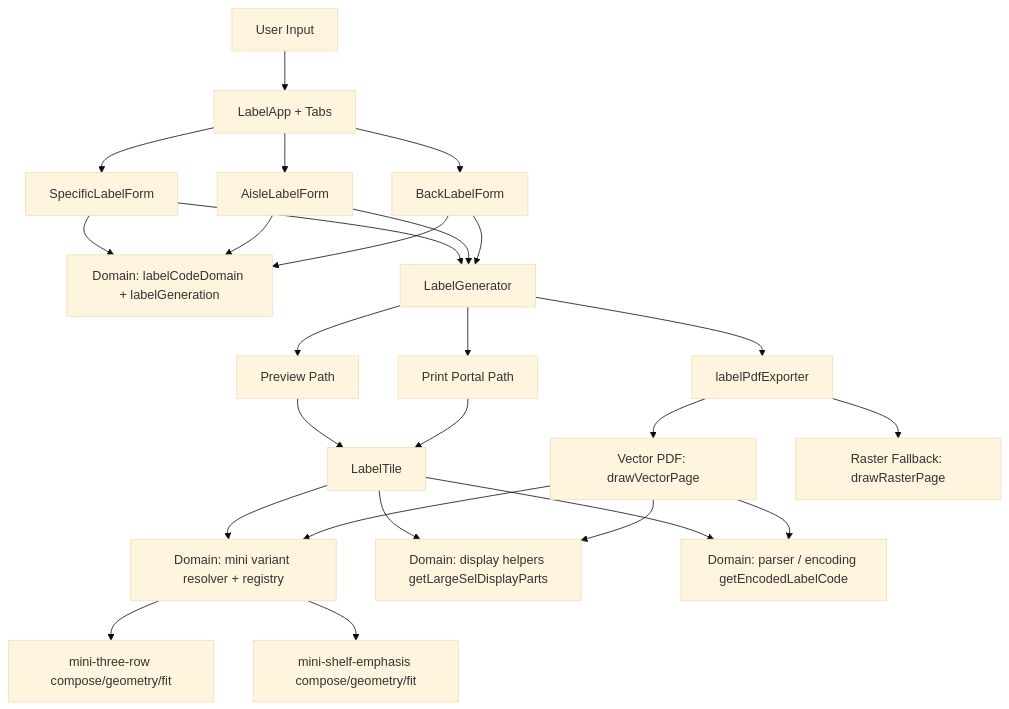
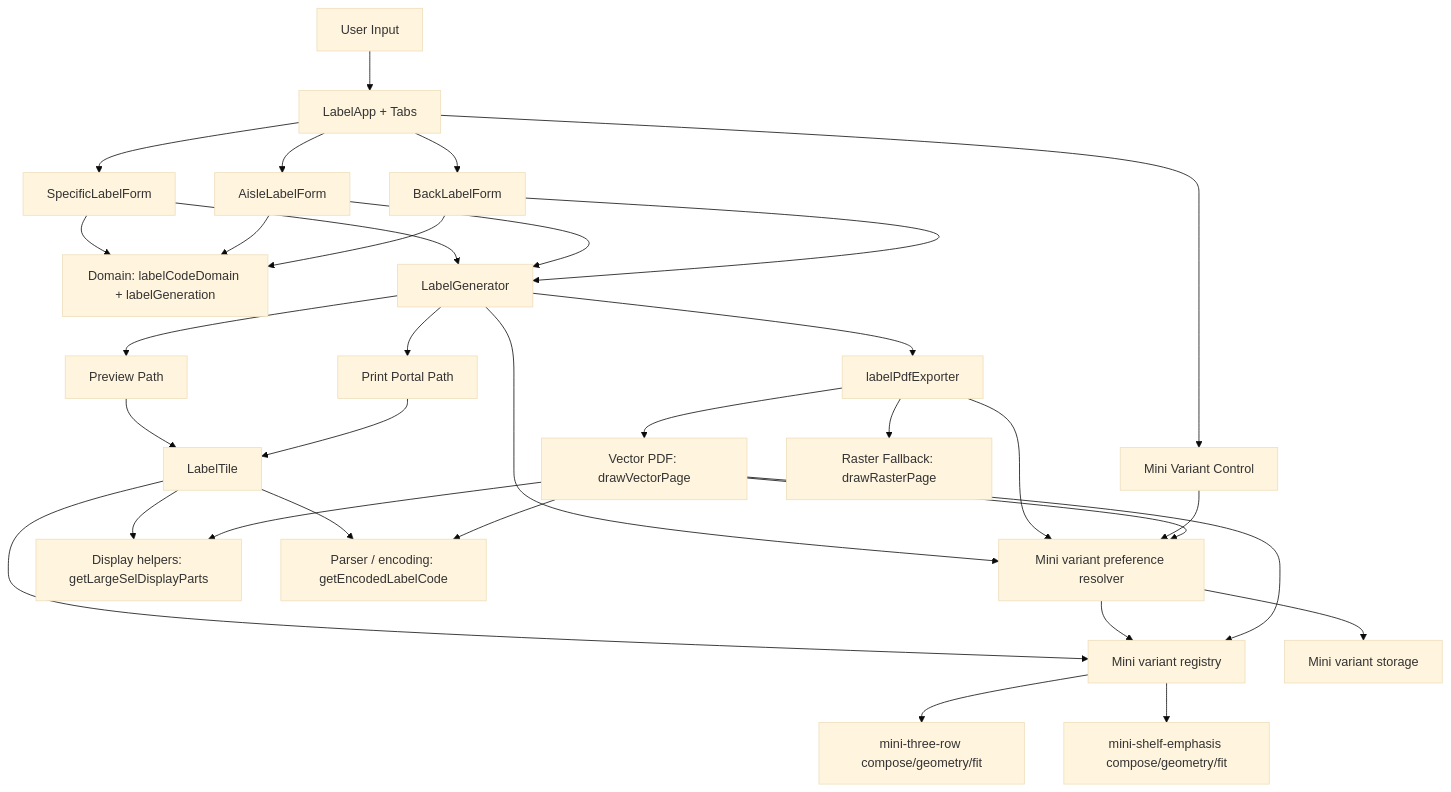
The diagram in README.md (TonyGorman/sel-generator), drawn with Mermaid (base theme) before and after one commit. The commit also changed other lines of this file and 24 other files, not shown here.

````diff
--- a/README.md
+++ b/README.md
@@ -68,33 +65,40 @@
 ```mermaid
 flowchart TD
   U[User Input] --> A[LabelApp + Tabs]
+  A --> MVU[Mini Variant Control]
   A --> SF[SpecificLabelForm]
   A --> AF[AisleLabelForm]
   A --> BF[BackLabelForm]
 
   SF --> DG[Domain: labelCodeDomain + labelGeneration]
   AF --> DG
   BF --> DG
 
   SF --> LG[LabelGenerator]
   AF --> LG
   BF --> LG
 
   LG --> PL[Preview Path]
   LG --> PR[Print Portal Path]
   LG --> EX[labelPdfExporter]
 
   PL --> LT[LabelTile]
   PR --> LT
-   LT --> MV[Domain: mini variant resolver + registry]
-   MV --> M3[mini-three-row compose/geometry/fit]
-   MV --> MS[mini-shelf-emphasis compose/geometry/fit]
-   LT --> DH[Domain: display helpers getLargeSelDisplayParts]
-  LT --> D2[Domain: parser / encoding getEncodedLabelCode]
+    LT --> MR[Mini variant registry]
+    LG --> MP[Mini variant preference resolver]
+   EX --> MP
+    MP --> ST[Mini variant storage]
+   MP --> MR
+   MVU --> MP
+   MR --> M3[mini-three-row compose/geometry/fit]
+   MR --> MS[mini-shelf-emphasis compose/geometry/fit]
+    LT --> DH[Display helpers: getLargeSelDisplayParts]
+    LT --> D2[Parser / encoding: getEncodedLabelCode]
 
   EX --> VP[Vector PDF: drawVectorPage]
   EX --> RF[Raster Fallback: drawRasterPage]
-   VP --> MV
+   VP --> MR
+   VP --> MP
    VP --> DH
   VP --> D2
 ```
````
